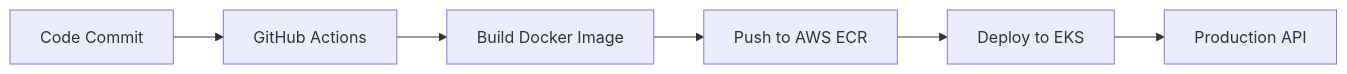
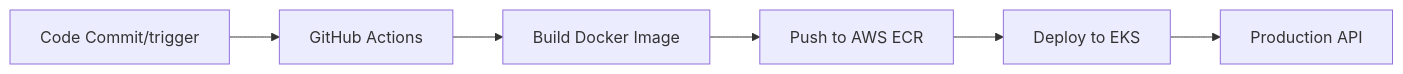
One commit to Dhanush-Raj1/Customer-Churn-Project changed the diagram in README.md. Above: the diagram before and after it, drawn with Mermaid.

````diff
--- a/README.md
+++ b/README.md
@@ -125,8 +125,8 @@
 ```mermaid
 graph LR
-A[Code Commit] --> B[GitHub Actions]
+A[Code Commit/trigger] --> B[GitHub Actions]
 B --> C[Build Docker Image]
 C --> D[Push to AWS ECR]
 D --> E[Deploy to EKS]
 E --> F[Production API]
 ```
````
